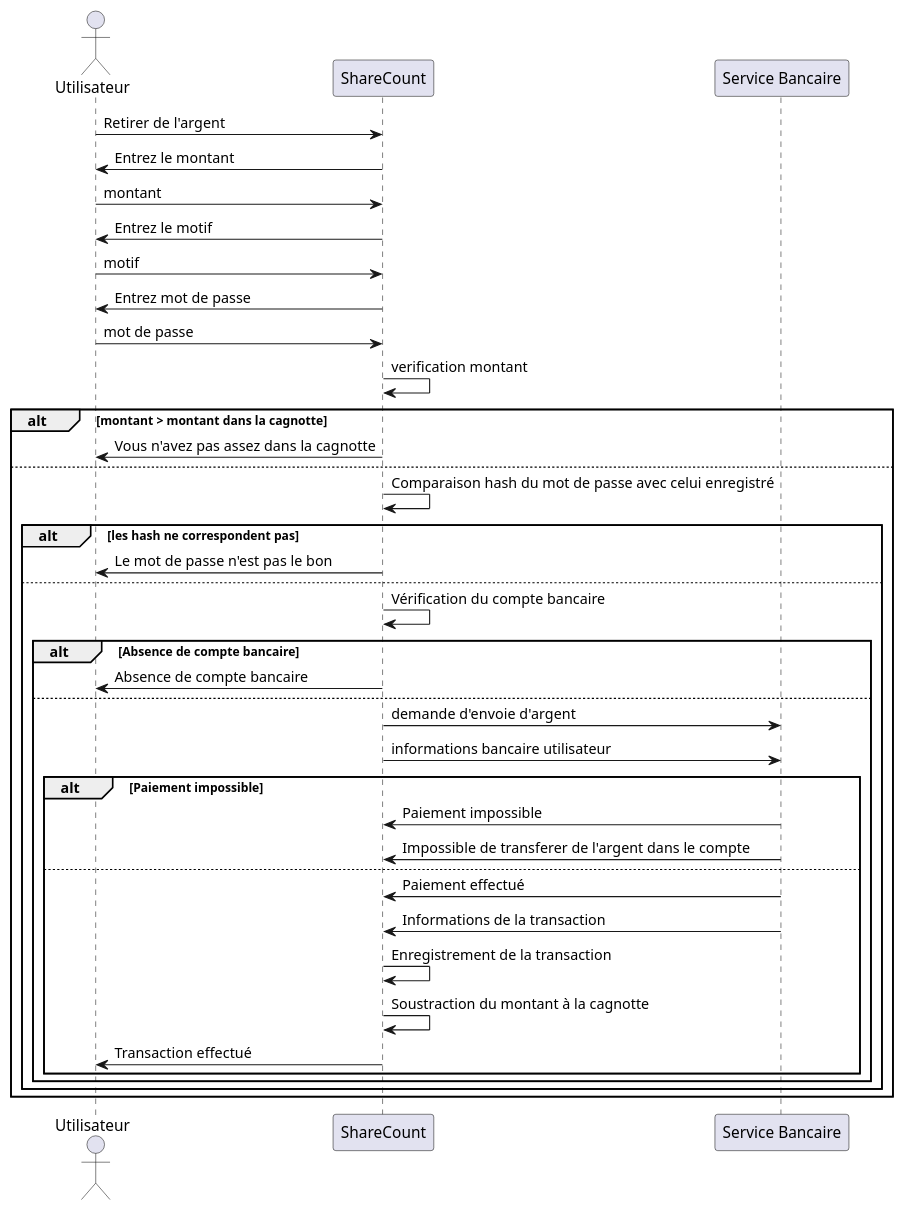
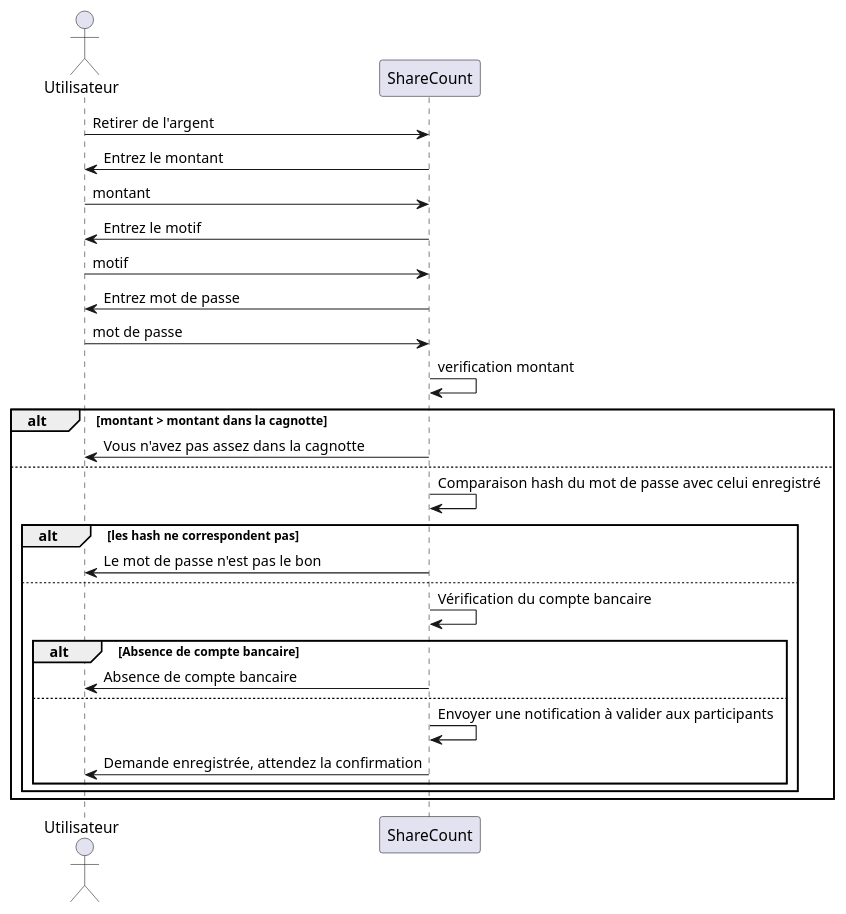
One commit to lmtb06/sharecount changed the diagram in diagrammes/specification/sequence/cagnotte/retirer-argent.puml. Above: the diagram before and after it, drawn with PlantUML. The commit also changed 10 other files, not shown here.

```diff
--- a/diagrammes/specification/sequence/cagnotte/retirer-argent.puml
+++ b/diagrammes/specification/sequence/cagnotte/retirer-argent.puml
@@ -1,44 +1,33 @@
 @startuml  Retirer de l'argent
 
 actor Utilisateur as user
 participant ShareCount as sc
-participant "Service Bancaire" as sb
 
 user -> sc : Retirer de l'argent
 sc -> user : Entrez le montant
 user -> sc : montant
 sc -> user : Entrez le motif
 user -> sc : motif
 user <- sc : Entrez mot de passe
 user -> sc : mot de passe
 sc -> sc : verification montant
 alt montant > montant dans la cagnotte
 user <- sc : Vous n'avez pas assez dans la cagnotte
 else
 sc -> sc : Comparaison hash du mot de passe avec celui enregistré
 alt les hash ne correspondent pas
 user <- sc : Le mot de passe n'est pas le bon
 else
 sc -> sc : Vérification du compte bancaire
 
 alt Absence de compte bancaire
 sc -> user : Absence de compte bancaire
 else
+sc -> sc : Envoyer une notification à valider aux participants
+sc -> user : Demande enregistrée, attendez la confirmation
 
-sc -> sb 	: demande d'envoie d'argent
-sc -> sb 	: informations bancaire utilisateur
-alt Paiement impossible
-sc <- sb 	: Paiement impossible
-sc <- sb 	: Impossible de transferer de l'argent dans le compte
-else
-sc <- sb 	:  Paiement effectué
-sc <- sb 	:  Informations de la transaction
-sc -> sc   : Enregistrement de la transaction
-sc -> sc   : Soustraction du montant à la cagnotte
-sc -> user : Transaction effectué
-end
 end
 end
 end
 
 @enduml
```
